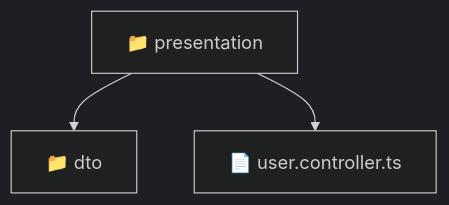
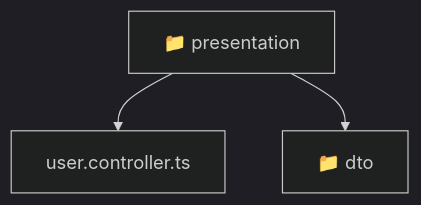
The diagram in backend/src/modules/user/presentation/README.md (beginwebdev2002/fullstack-mavluda), drawn with Mermaid (dark theme) before and after one commit. The commit also changed other lines of this file and 167 other files, not shown here.

````diff
--- a/backend/src/modules/user/presentation/README.md
+++ b/backend/src/modules/user/presentation/README.md
@@ -9,6 +9,8 @@
 ```mermaid
 graph TD
-  Root["📁 presentation"]
-  Root --> dto["📁 dto"]
-  Root --> user_controller_ts["📄 user.controller.ts"]
+  Root_presentation["📁 presentation"]
+  f_user_controller_ts["user.controller.ts"]
+  Root_presentation --> f_user_controller_ts
+  f_dto["📁 dto"]
+  Root_presentation --> f_dto
 ```
````
